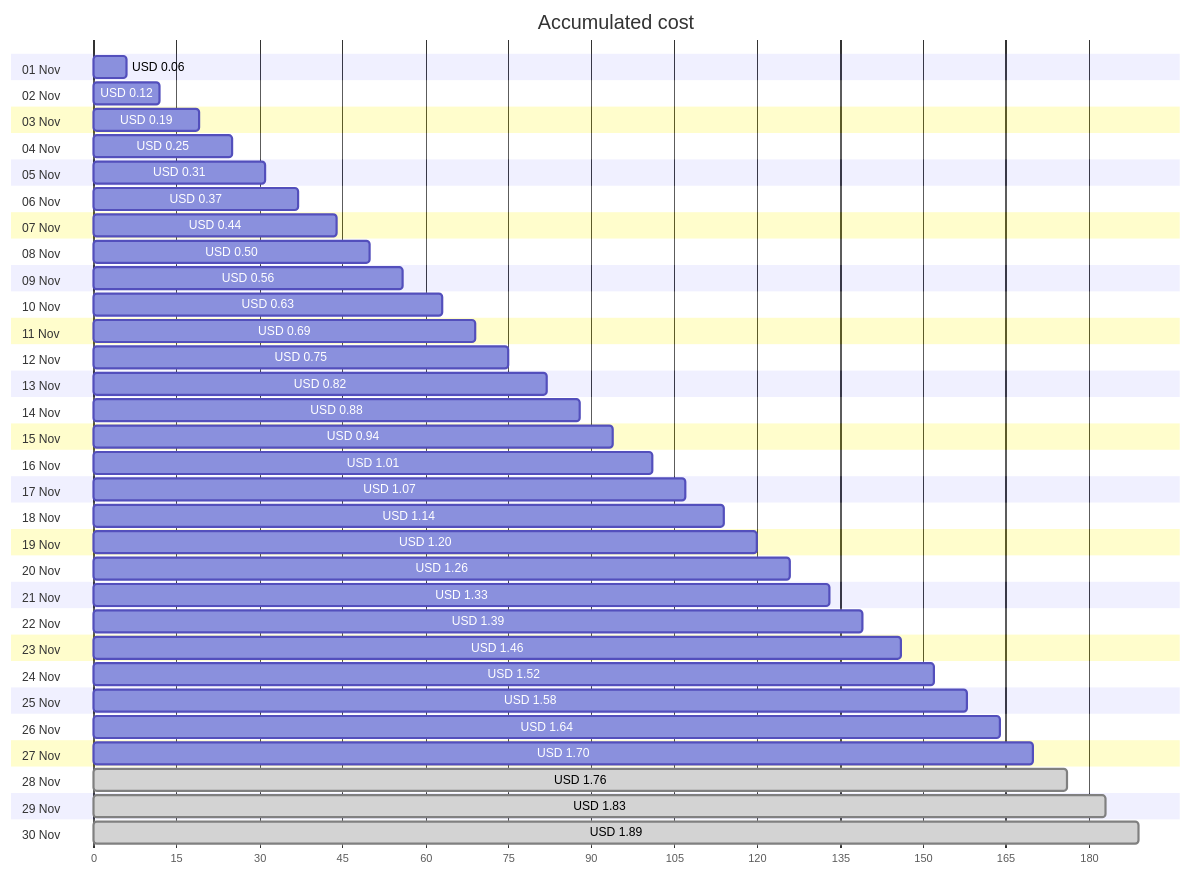
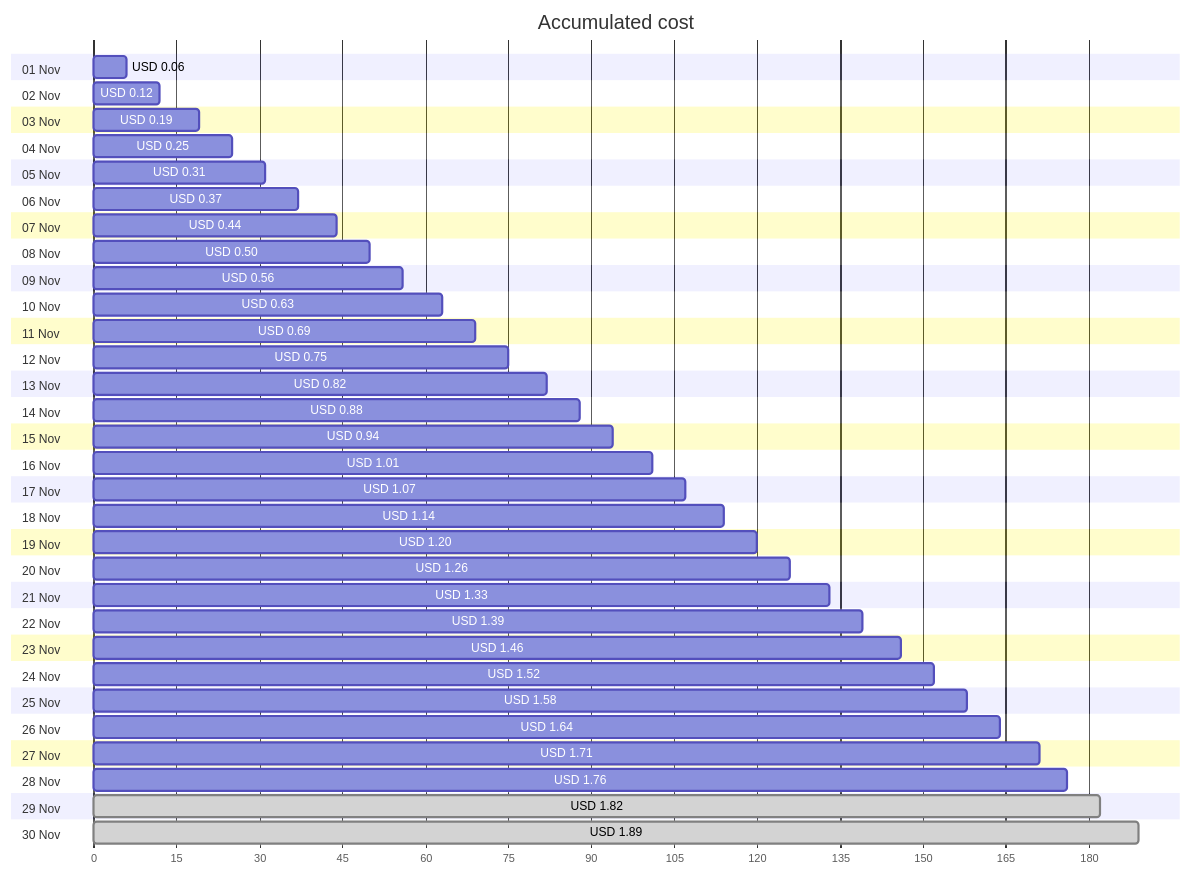
One commit to jpfulton/azure-personal-reports changed the first of 4 diagrams in cost-reports/personal-network/backup-server_OsDisk.md. Above: the diagram before and after it, drawn with Mermaid. The commit also changed other lines of this file and 8 other files, not shown here.

````diff
--- a/cost-reports/personal-network/backup-server_OsDisk.md
+++ b/cost-reports/personal-network/backup-server_OsDisk.md
@@ -20,66 +20,66 @@
 ```mermaid
 gantt
    title Accumulated cost
    dateFormat  X
    axisFormat %s
    section 01 Nov
    USD 0.06 :0, 6
    section 02 Nov
    USD 0.12 :0, 12
    section 03 Nov
    USD 0.19 :0, 19
    section 04 Nov
    USD 0.25 :0, 25
    section 05 Nov
    USD 0.31 :0, 31
    section 06 Nov
    USD 0.37 :0, 37
    section 07 Nov
    USD 0.44 :0, 44
    section 08 Nov
    USD 0.50 :0, 50
    section 09 Nov
    USD 0.56 :0, 56
    section 10 Nov
    USD 0.63 :0, 63
    section 11 Nov
    USD 0.69 :0, 69
    section 12 Nov
    USD 0.75 :0, 75
    section 13 Nov
    USD 0.82 :0, 82
    section 14 Nov
    USD 0.88 :0, 88
    section 15 Nov
    USD 0.94 :0, 94
    section 16 Nov
    USD 1.01 :0, 101
    section 17 Nov
    USD 1.07 :0, 107
    section 18 Nov
    USD 1.14 :0, 114
    section 19 Nov
    USD 1.20 :0, 120
    section 20 Nov
    USD 1.26 :0, 126
    section 21 Nov
    USD 1.33 :0, 133
    section 22 Nov
    USD 1.39 :0, 139
    section 23 Nov
    USD 1.46 :0, 146
    section 24 Nov
    USD 1.52 :0, 152
    section 25 Nov
    USD 1.58 :0, 158
    section 26 Nov
    USD 1.64 :0, 164
    section 27 Nov
-   USD 1.70 :0, 170
+   USD 1.71 :0, 171
    section 28 Nov
-   USD 1.76 : done, 0, 176
+   USD 1.76 :0, 176
    section 29 Nov
-   USD 1.83 : done, 0, 183
+   USD 1.82 : done, 0, 182
    section 30 Nov
    USD 1.89 : done, 0, 189
 ```
````
